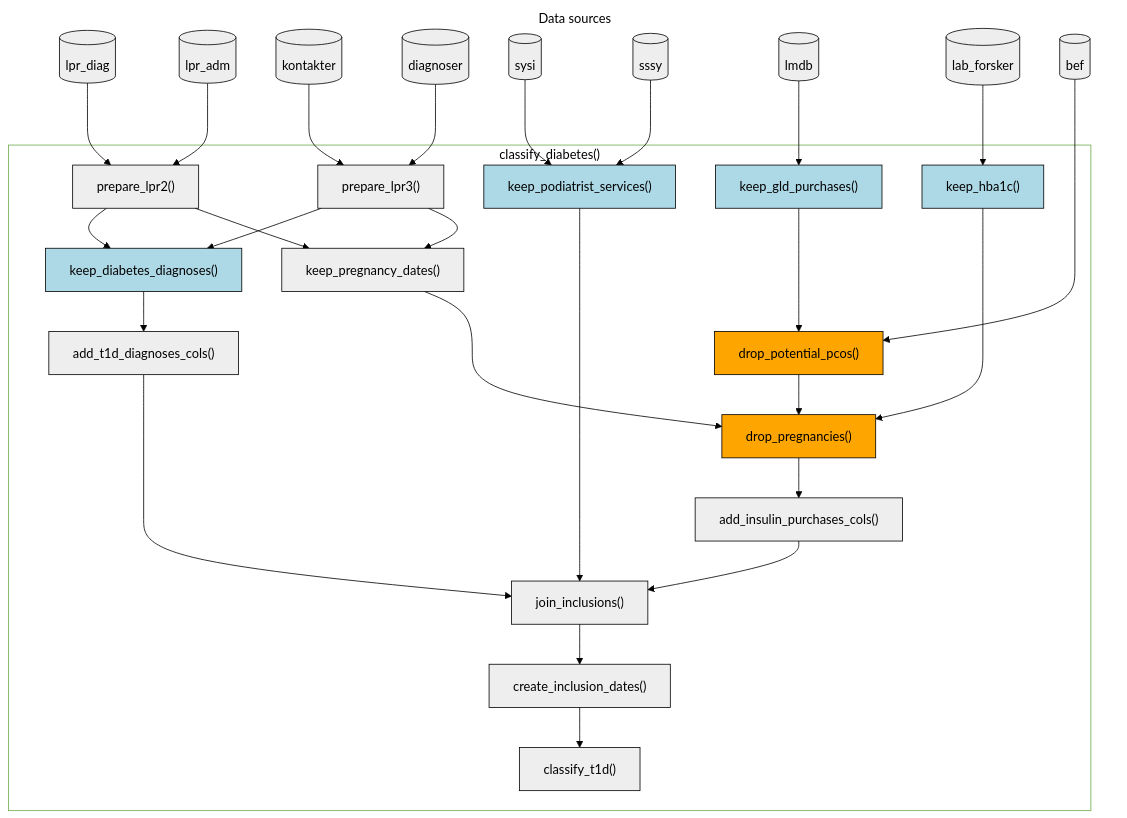
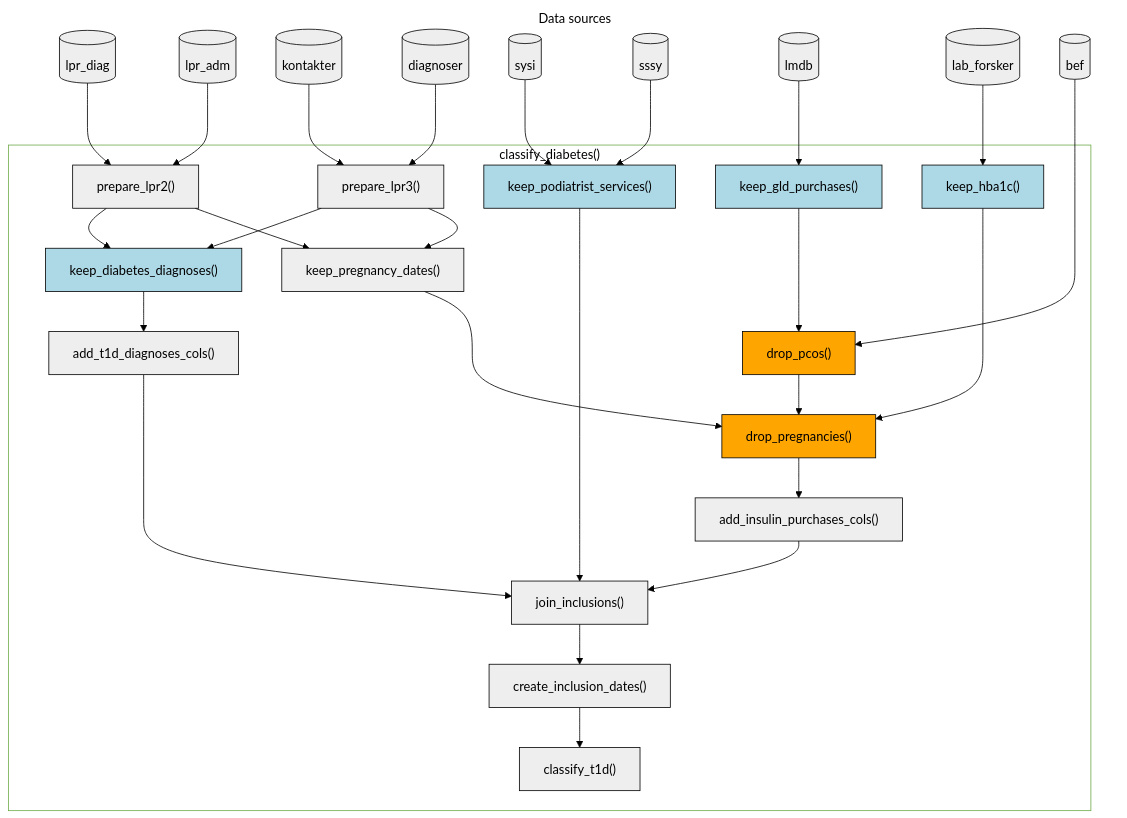
Before and after one commit to steno-aarhus/osdc: the diagram in vignettes/function-flow.qmd, drawn with Mermaid (forest theme). The commit also changed other lines of this file and 8 other files, not shown here.

First line of the commit message:
refactor: :truck: `drop_potential_pcos()` -> `drop_pcos()`  (#359)

````diff
--- a/vignettes/function-flow.qmd
+++ b/vignettes/function-flow.qmd
@@ -23,68 +23,68 @@
 ```{mermaid}
 %%| eval: true
 %%| fig-cap: "Flow of functions in, as well as their required input registers, in the `classify_diabetes()` function used for classifying diabetes status using the osdc package. Light blue and orange boxes represent filtering functions (`keep_*` and `drop_*`, respectively)."
 
 flowchart TD
   subgraph data_sources["Data sources"]
     lpr_diag[("lpr_diag")]
     lpr_adm[("lpr_adm")]
     kontakter[("kontakter")]
     diagnoser[("diagnoser")]
     sysi[("sysi")]
     sssy[("sssy")]
     lmdb[("lmdb")]
     lab_forsker[("lab_forsker")]
     bef[("bef")]
   end
 
   subgraph classify_diabetes["classify_diabetes()"]
 
     lpr_diag --> prepare_lpr2["prepare_lpr2()"]
     lpr_adm --> prepare_lpr2
 
     kontakter --> prepare_lpr3["prepare_lpr3()"]
     diagnoser --> prepare_lpr3
 
     prepare_lpr2 --> keep_pregnancy_dates["keep_pregnancy_dates()"]
     prepare_lpr3 --> keep_pregnancy_dates
 
     %% Keep
     sysi --> keep_podiatrist_services["keep_podiatrist_services()"]:::keep
     sssy --> keep_podiatrist_services
 
     prepare_lpr2 --> keep_diabetes_diagnoses["keep_diabetes_diagnoses()"]:::keep
     prepare_lpr3 --> keep_diabetes_diagnoses
     keep_diabetes_diagnoses --> add_t1d_diagnoses_cols["add_t1d_diagnoses_cols()"]
 
     lmdb --> keep_gld_purchases["keep_gld_purchases()"]:::keep
 
     lab_forsker --> keep_hba1c["keep_hba1c()"]:::keep
 
     %% Drop
-    keep_gld_purchases --> drop_potential_pcos["drop_potential_pcos()"]:::drop
-    bef --> drop_potential_pcos
+    keep_gld_purchases --> drop_pcos["drop_pcos()"]:::drop
+    bef --> drop_pcos
 
-    drop_potential_pcos --> drop_pregnancies["drop_pregnancies()"]:::drop
+    drop_pcos --> drop_pregnancies["drop_pregnancies()"]:::drop
     keep_pregnancy_dates --> drop_pregnancies
     keep_hba1c --> drop_pregnancies
     drop_pregnancies --> add_insulin_purchases_cols["add_insulin_purchases_cols()"]
 
     %% Join and classify
     add_t1d_diagnoses_cols --> join_inclusions["join_inclusions()"]
     keep_podiatrist_services --> join_inclusions
     add_insulin_purchases_cols --> join_inclusions
 
     join_inclusions --> create_inclusion_dates["create_inclusion_dates()"]
     create_inclusion_dates --> classify_t1d["classify_t1d()"]
 
-    keep_pregnancy_dates ~~~ drop_potential_pcos
+    keep_pregnancy_dates ~~~ drop_pcos
 
   end
 
   %% Styling
   classDef default fill:#EEEEEE, color:#000000, stroke:#000000
   classDef keep fill:lightblue
   classDef drop fill:orange
   style classify_diabetes fill:#FFFFFF, color:#000000
   style data_sources fill:#FFFFFF, color:#000000, stroke-width:0px
 ```
````
